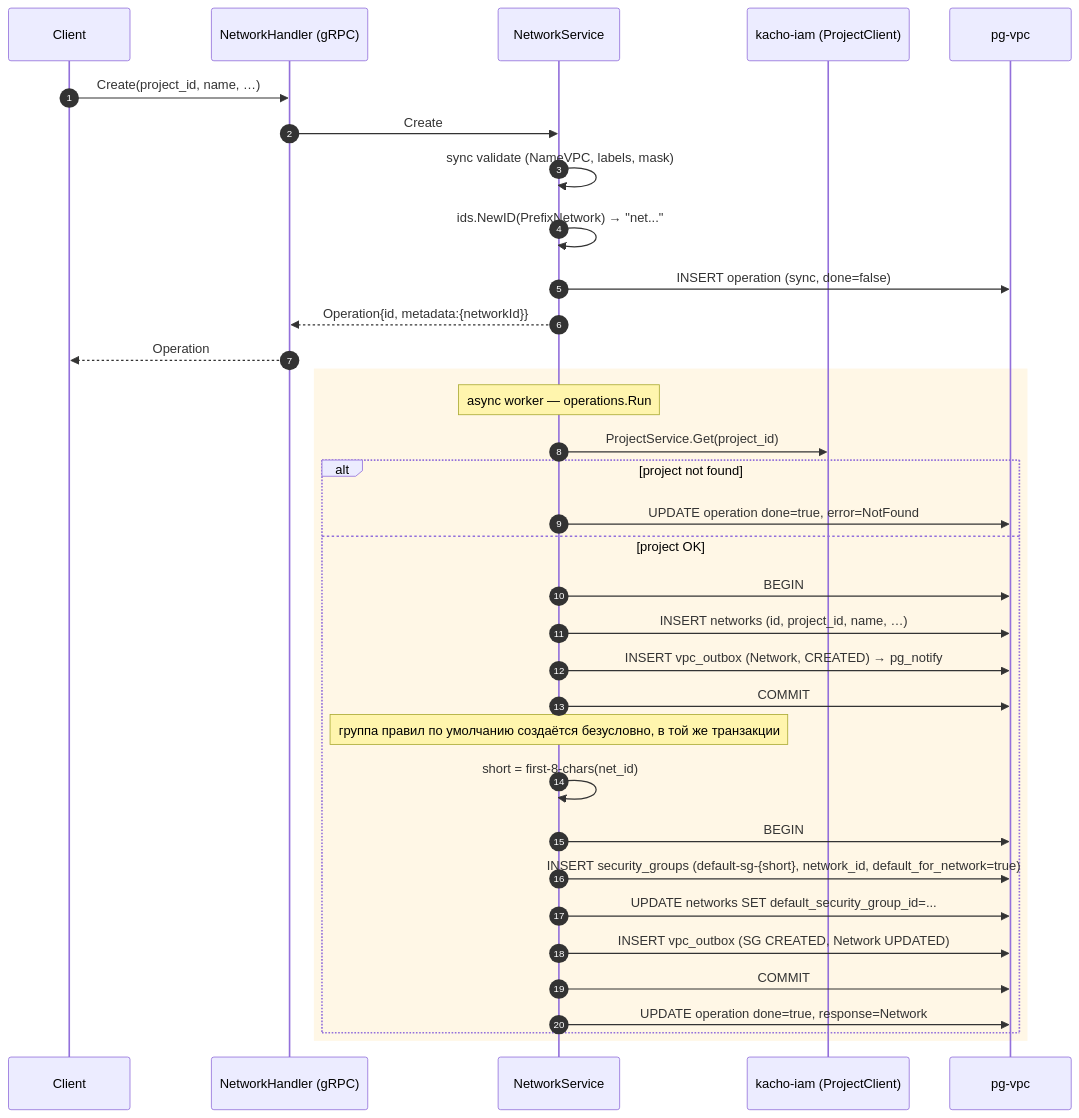
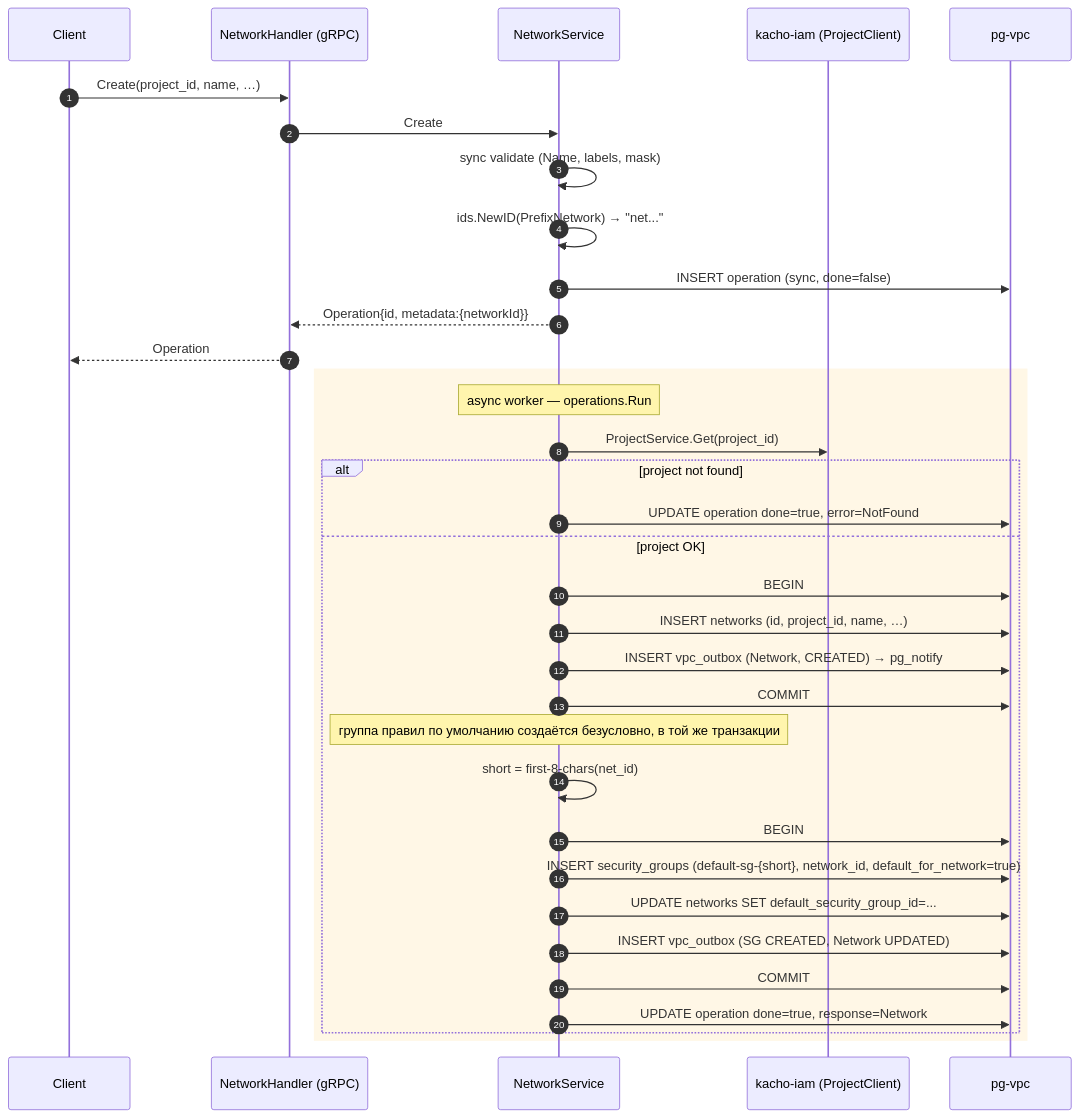
The first of 10 diagrams in services/vpc/docs/engineering/architecture/02-data-flows.md (PRO-Robotech/kacho), drawn with Mermaid before and after one commit. The commit also changed other lines of this file and 5 other files, not shown here.

````diff
--- a/services/vpc/docs/engineering/architecture/02-data-flows.md
+++ b/services/vpc/docs/engineering/architecture/02-data-flows.md
@@ -21,40 +21,40 @@
 ```mermaid
 sequenceDiagram
   autonumber
   participant U as Client
   participant H as NetworkHandler (gRPC)
   participant S as NetworkService
   participant RM as kacho-iam (ProjectClient)
   participant DB as pg-vpc
 
   U->>H: Create(project_id, name, …)
   H->>S: Create
-  S->>S: sync validate (NameVPC, labels, mask)
+  S->>S: sync validate (Name, labels, mask)
   S->>S: ids.NewID(PrefixNetwork) → "net..."
   S->>DB: INSERT operation (sync, done=false)
   S-->>H: Operation{id, metadata:{networkId}}
   H-->>U: Operation
 
   rect rgb(255,247,230)
   Note over S: async worker — operations.Run
   S->>RM: ProjectService.Get(project_id)
   alt project not found
     S->>DB: UPDATE operation done=true, error=NotFound
   else project OK
     S->>DB: BEGIN
     S->>DB: INSERT networks (id, project_id, name, …)
     S->>DB: INSERT vpc_outbox (Network, CREATED) → pg_notify
     S->>DB: COMMIT
 
     Note over S: группа правил по умолчанию создаётся безусловно, в той же транзакции
     S->>S: short = first-8-chars(net_id)
     S->>DB: BEGIN
     S->>DB: INSERT security_groups (default-sg-{short}, network_id, default_for_network=true)
     S->>DB: UPDATE networks SET default_security_group_id=...
     S->>DB: INSERT vpc_outbox (SG CREATED, Network UPDATED)
     S->>DB: COMMIT
 
     S->>DB: UPDATE operation done=true, response=Network
   end
   end
 ```
````
